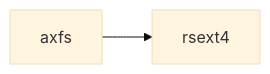
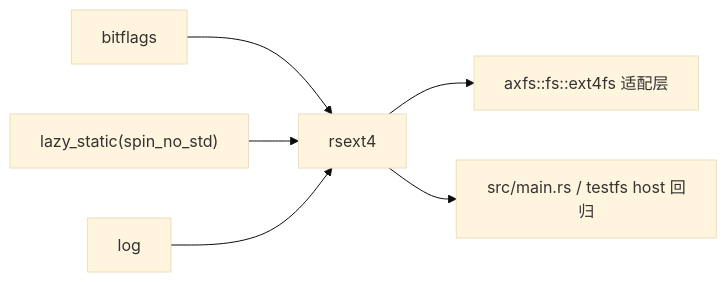
The second of 2 diagrams in docs/crates/rsext4.md (rcore-os/tgoskits), drawn with Mermaid (base theme) before and after one commit. The commit also changed other lines of this file and 99 other files, not shown here.

````diff
--- a/docs/crates/rsext4.md
+++ b/docs/crates/rsext4.md
@@ -35,5 +111,9 @@
 ```mermaid
 graph LR
-    current["rsext4"]
-    axfs["axfs"] --> current
+    bitflags["bitflags"] --> current["rsext4"]
+    lazy_static["lazy_static(spin_no_std)"] --> current
+    log["log"] --> current
+
+    current --> axfs_ext4["axfs::fs::ext4fs 适配层"]
+    current --> host_demo["src/main.rs / testfs host 回归"]
 ```
````
